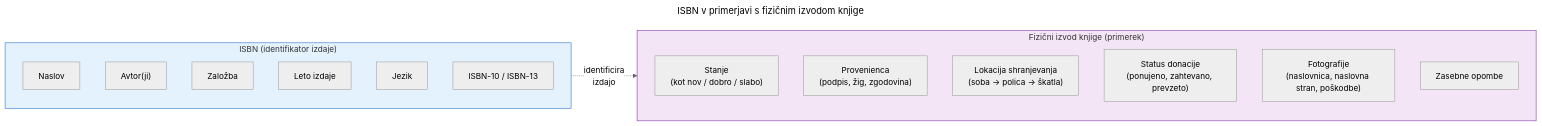
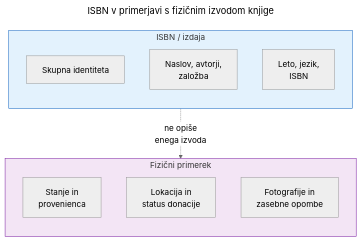
Before and after one commit to mihafreenode/let-books: the diagram in docs/diagrams/blog/isbn-not-a-database/sl/isbn-vs-physical-book.mmd, drawn with Mermaid (neutral theme). The commit also changed 430 other files, not shown here.

```diff
--- a/docs/diagrams/blog/isbn-not-a-database/sl/isbn-vs-physical-book.mmd
+++ b/docs/diagrams/blog/isbn-not-a-database/sl/isbn-vs-physical-book.mmd
@@ -1,28 +1,22 @@
 ---
 title: ISBN v primerjavi s fizičnim izvodom knjige
 ---
-flowchart LR
-    subgraph ISBN["ISBN (identifikator izdaje)"]
+flowchart TB
+    subgraph ISBN["ISBN / izdaja"]
         direction TB
-        I1["Naslov"]
-        I2["Avtor(ji)"]
-        I3["Založba"]
-        I4["Leto izdaje"]
-        I5["Jezik"]
-        I6["ISBN-10 / ISBN-13"]
+        I1["Skupna identiteta"]
+        I2["Naslov, avtorji,<br/>založba"]
+        I3["Leto, jezik,<br/>ISBN"]
     end
 
-    subgraph Physical["Fizični izvod knjige (primerek)"]
+    subgraph Physical["Fizični primerek"]
         direction TB
-        P1["Stanje<br/>(kot nov / dobro / slabo)"]
-        P2["Provenienca<br/>(podpis, žig, zgodovina)"]
-        P3["Lokacija shranjevanja<br/>(soba → polica → škatla)"]
-        P4["Status donacije<br/>(ponujeno, zahtevano, prevzeto)"]
-        P5["Fotografije<br/>(naslovnica, naslovna stran, poškodbe)"]
-        P6["Zasebne opombe"]
+        P1["Stanje in<br/>provenienca"]
+        P2["Lokacija in<br/>status donacije"]
+        P3["Fotografije in<br/>zasebne opombe"]
     end
 
-    ISBN -.->|"identificira<br/>izdajo"| Physical
+    I3 -.->|"ne opiše<br/>enega izvoda"| P1
 
     style ISBN fill:#e3f2fd,stroke:#1565c0
     style Physical fill:#f3e5f5,stroke:#7b1fa2
```
